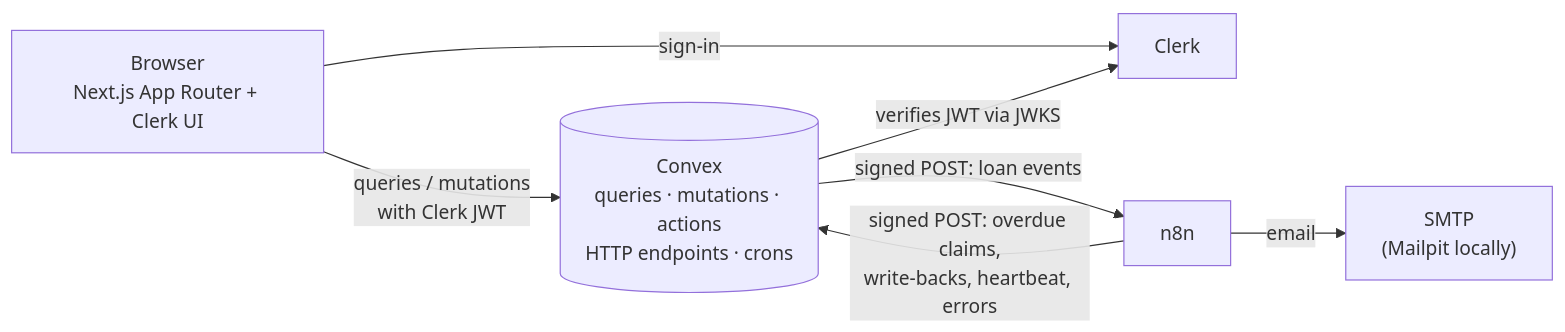
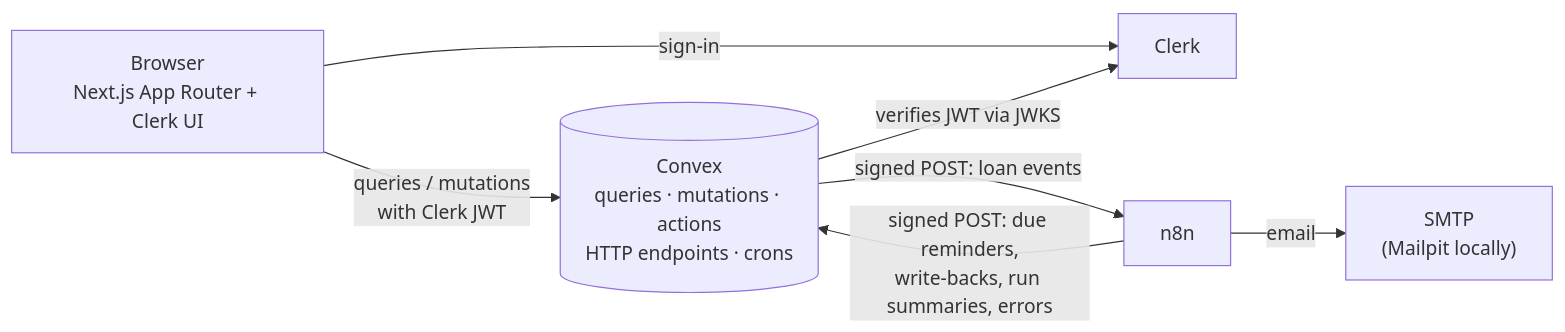
One commit to StarfallV/fluenceinternational-lendloop changed the first of 5 diagrams in docs/architecture.md. Above: the diagram before and after it, drawn with Mermaid. The commit also changed other lines of this file and 22 other files, not shown here.

````diff
--- a/docs/architecture.md
+++ b/docs/architecture.md
@@ -34,15 +36,15 @@
 ```mermaid
 flowchart LR
   B["Browser<br/>Next.js App Router + Clerk UI"]
   K["Clerk"]
   C[("Convex<br/>queries · mutations · actions<br/>HTTP endpoints · crons")]
   N["n8n"]
   M["SMTP<br/>(Mailpit locally)"]
 
   B -- "sign-in" --> K
   B -- "queries / mutations<br/>with Clerk JWT" --> C
   C -- "verifies JWT via JWKS" --> K
   C -- "signed POST: loan events" --> N
-  N -- "signed POST: overdue claims,<br/>write-backs, heartbeat, errors" --> C
+  N -- "signed POST: due reminders,<br/>write-backs, run summaries, errors" --> C
   N -- "email" --> M
 ```
````
